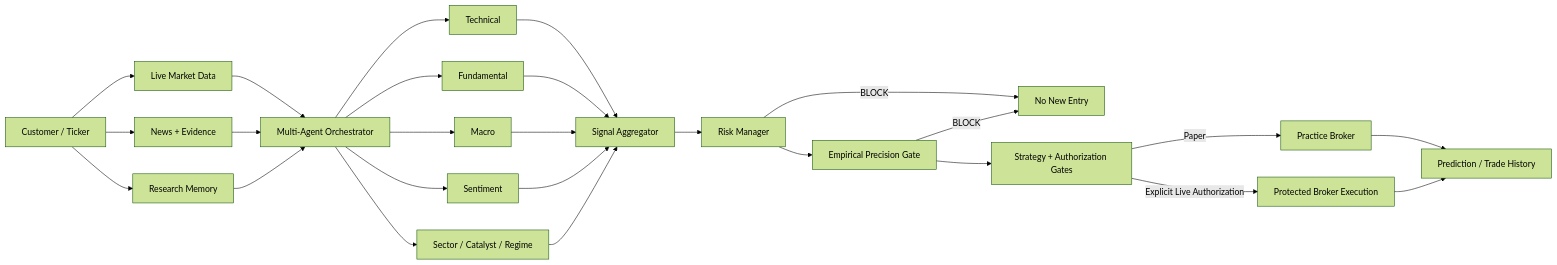
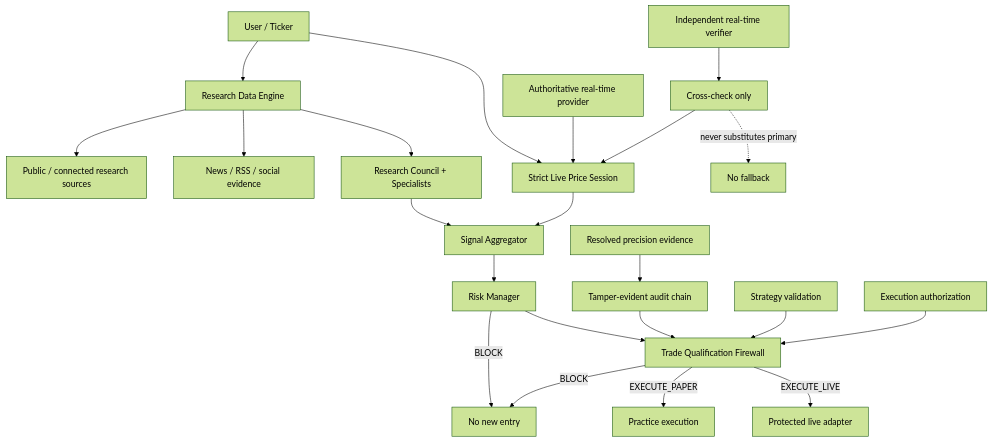
One commit to logeshv586-code/AITradra changed the diagram in README.md. Above: the diagram before and after it, drawn with Mermaid (forest theme). The commit also changed other lines of this file, not shown here.

Commit message:
docs: refresh README for strict live data and measured health evidence

````diff
--- a/README.md
+++ b/README.md
@@ -106,33 +76,30 @@
 ```mermaid
-flowchart LR
-    U[Customer / Ticker] --> D[Live Market Data]
-    U --> N[News + Evidence]
-    U --> M[Research Memory]
+flowchart TD
+    U[User / Ticker]
 
-    D --> O[Multi-Agent Orchestrator]
-    N --> O
-    M --> O
+    U --> RD[Research Data Engine]
+    RD --> PUB[Public / connected research sources]
+    RD --> NEWS[News / RSS / social evidence]
+    RD --> RES[Research Council + Specialists]
 
-    O --> T[Technical]
-    O --> F[Fundamental]
-    O --> MA[Macro]
-    O --> S[Sentiment]
-    O --> C[Sector / Catalyst / Regime]
+    U --> LP[Strict Live Price Session]
+    P1[Authoritative real-time provider] --> LP
+    P2[Independent real-time verifier] --> V[Cross-check only]
+    V --> LP
+    V -. never substitutes primary .-> X[No fallback]
 
-    T --> A[Signal Aggregator]
-    F --> A
-    MA --> A
-    S --> A
-    C --> A
+    RES --> SA[Signal Aggregator]
+    LP --> SA
+    SA --> RM[Risk Manager]
+    RM -->|BLOCK| STOP[No new entry]
+    RM --> Q[Trade Qualification Firewall]
 
-    A --> R[Risk Manager]
-    R -->|BLOCK| X[No New Entry]
-    R --> P[Empirical Precision Gate]
-    P -->|BLOCK| X
-    P --> V[Strategy + Authorization Gates]
-    V -->|Paper| PB[Practice Broker]
-    V -->|Explicit Live Authorization| LB[Protected Broker Execution]
+    PS[Resolved precision evidence] --> AUDIT[Tamper-evident audit chain]
+    AUDIT --> Q
+    SV[Strategy validation] --> Q
+    AUTH[Execution authorization] --> Q
 
-    PB --> H[Prediction / Trade History]
-    LB --> H
+    Q -->|EXECUTE_PAPER| PAPER[Practice execution]
+    Q -->|EXECUTE_LIVE| LIVE[Protected live adapter]
+    Q -->|BLOCK| STOP
 ```
````
